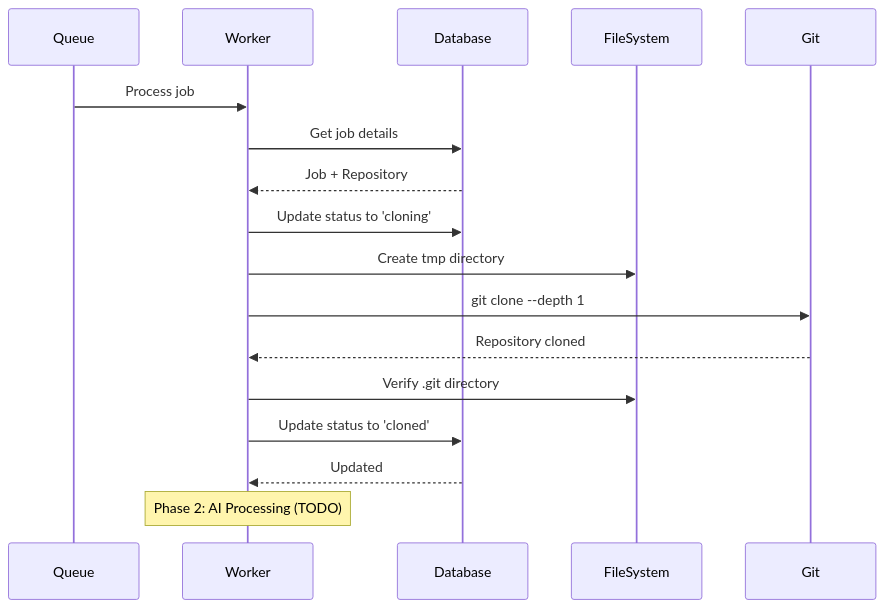
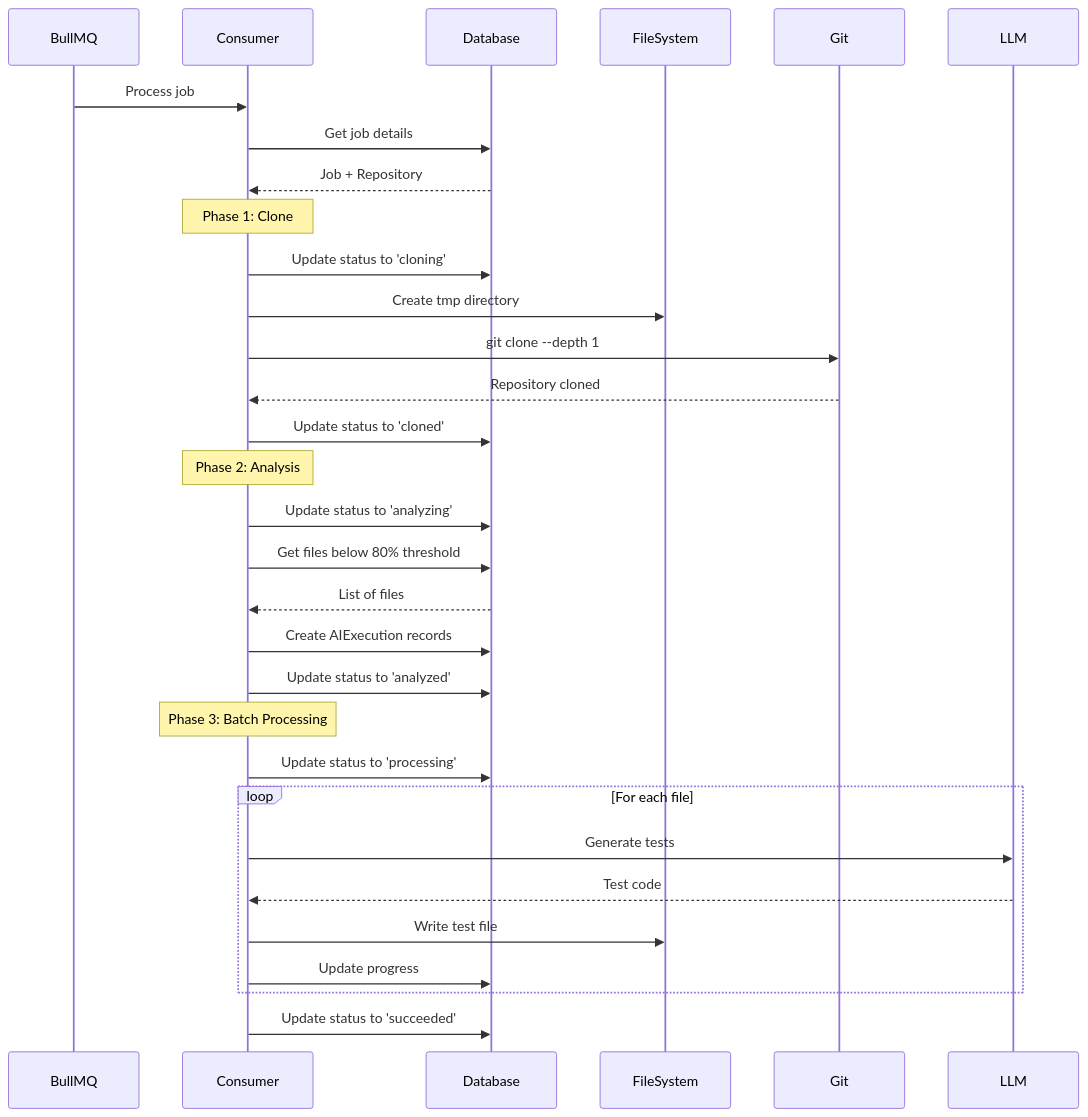
The seventh of 8 diagrams in README.md (luanpontolio/ai-coverage-improver), drawn with Mermaid before and after one commit. The commit also changed other lines of this file, not shown here.

````diff
--- a/README.md
+++ b/README.md
@@ -232,23 +263,37 @@
 ```mermaid
 sequenceDiagram
-    participant Queue
-    participant Worker
+    participant BullMQ
+    participant Consumer
     participant Database
     participant FileSystem
     participant Git
+    participant LLM
 
-    Queue->>Worker: Process job
-    Worker->>Database: Get job details
-    Database-->>Worker: Job + Repository
+    BullMQ->>Consumer: Process job
+    Consumer->>Database: Get job details
+    Database-->>Consumer: Job + Repository
     
-    Worker->>Database: Update status to 'cloning'
-    Worker->>FileSystem: Create tmp directory
-    Worker->>Git: git clone --depth 1
-    Git-->>Worker: Repository cloned
-    Worker->>FileSystem: Verify .git directory
+    Note over Consumer: Phase 1: Clone
+    Consumer->>Database: Update status to 'cloning'
+    Consumer->>FileSystem: Create tmp directory
+    Consumer->>Git: git clone --depth 1
+    Git-->>Consumer: Repository cloned
+    Consumer->>Database: Update status to 'cloned'
     
-    Worker->>Database: Update status to 'cloned'
-    Database-->>Worker: Updated
+    Note over Consumer: Phase 2: Analysis
+    Consumer->>Database: Update status to 'analyzing'
+    Consumer->>Database: Get files below 80% threshold
+    Database-->>Consumer: List of files
+    Consumer->>Database: Create AIExecution records
+    Consumer->>Database: Update status to 'analyzed'
     
-    Note over Worker: Phase 2: AI Processing (TODO)
+    Note over Consumer: Phase 3: Batch Processing
+    Consumer->>Database: Update status to 'processing'
+    loop For each file
+        Consumer->>LLM: Generate tests
+        LLM-->>Consumer: Test code
+        Consumer->>FileSystem: Write test file
+        Consumer->>Database: Update progress
+    end
+    Consumer->>Database: Update status to 'succeeded'
 ```
````
